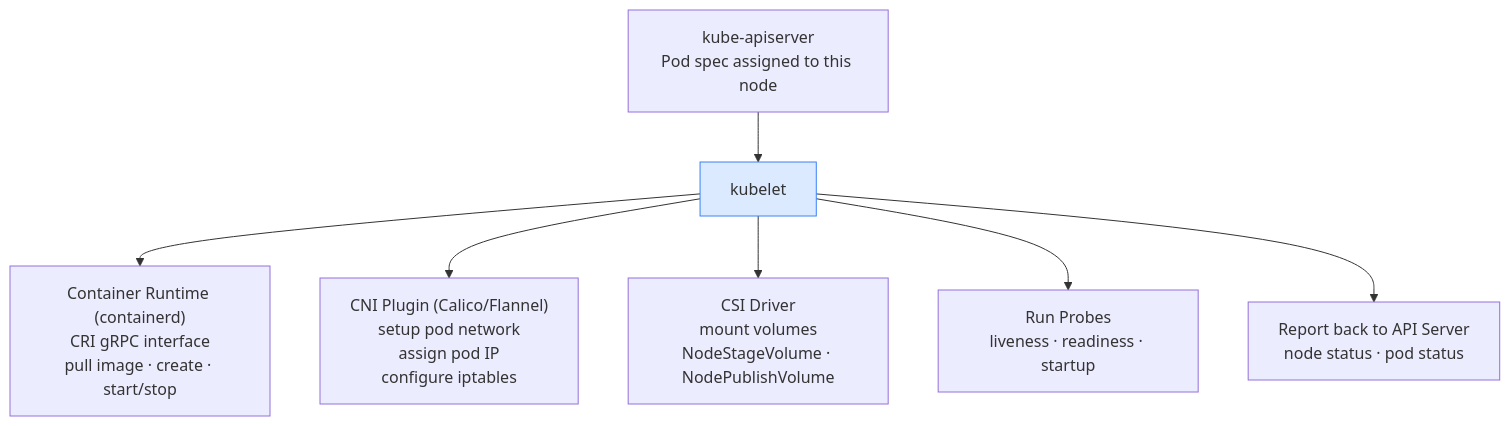
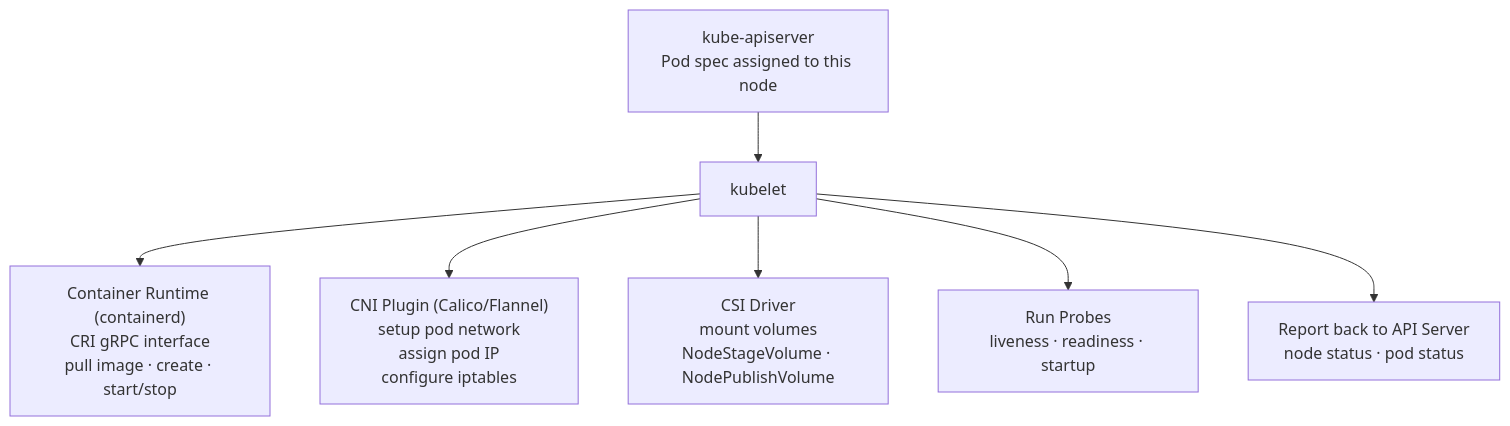
One commit to Gautam4424/k8slearn-content changed the first of 2 diagrams in content/cka/02-kubernetes-architecture-complete-reference/24-kubelet-kube-proxy-container-runtime/24-kubelet-kube-proxy-container-runtime.md. Above: the diagram before and after it, drawn with Mermaid. The commit also changed other lines of this file and 40 other files, not shown here.

Commit message:
chore: fix mermaid style regex

````diff
--- a/content/cka/02-kubernetes-architecture-complete-reference/24-kubelet-kube-proxy-container-runtime/24-kubelet-kube-proxy-container-runtime.md
+++ b/content/cka/02-kubernetes-architecture-complete-reference/24-kubelet-kube-proxy-container-runtime/24-kubelet-kube-proxy-container-runtime.md
@@ -25,14 +25,13 @@
 ```mermaid
 flowchart TD
     API["kube-apiserver\nPod spec assigned to this node"]
     KL["kubelet"]
     CRI["Container Runtime (containerd)\nCRI gRPC interface\npull image · create · start/stop"]
     CNI["CNI Plugin (Calico/Flannel)\nsetup pod network\nassign pod IP\nconfigure iptables"]
     CSI["CSI Driver\nmount volumes\nNodeStageVolume · NodePublishVolume"]
     PROBE["Run Probes\nliveness · readiness · startup"]
     STATUS["Report back to API Server\nnode status · pod status"]
     API --> KL
     KL --> CRI & CNI & CSI & PROBE
     KL --> STATUS
-    style KL fill:#dbeafe,stroke:#3b82f6
 ```
````
